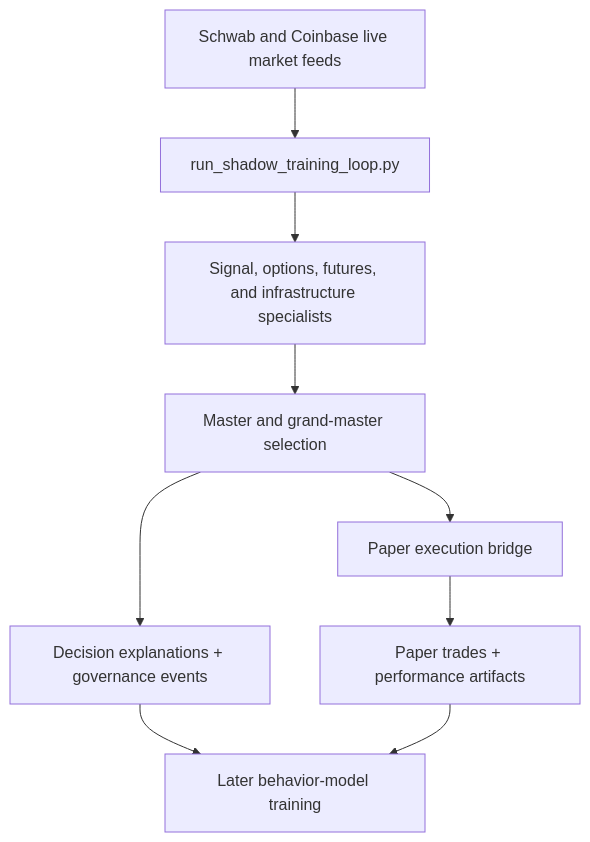
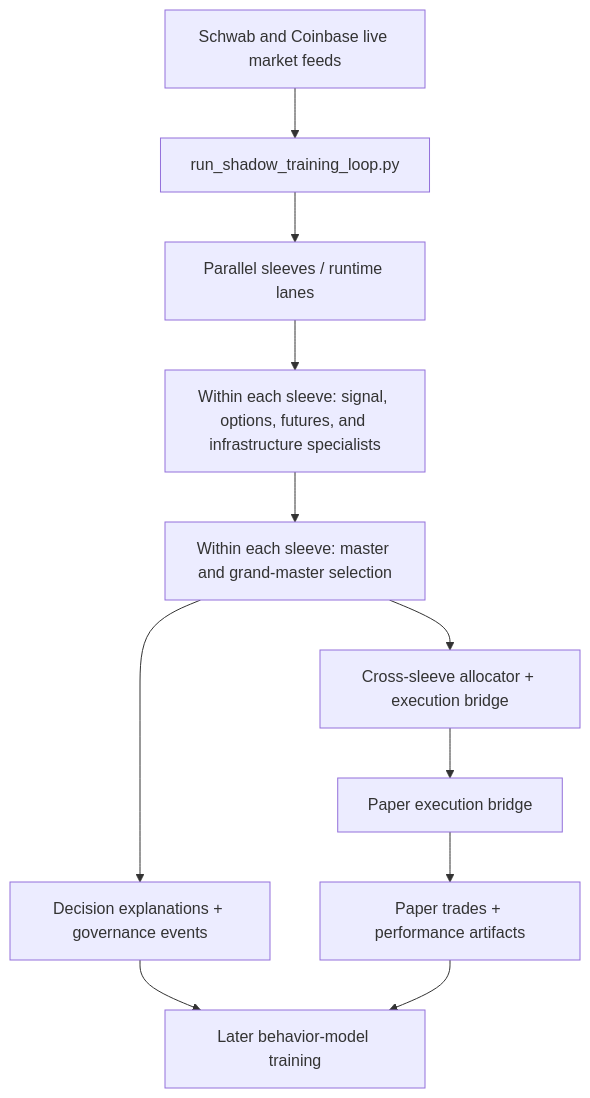
Before and after one commit to Dkingsley1/Schwab-Trading-Bots: the diagram in docs/showcase/projects/01-live-multi-asset-paper-platform.md, drawn with Mermaid. The commit also changed other lines of this file and 442 other files, not shown here.

````diff
--- a/docs/showcase/projects/01-live-multi-asset-paper-platform.md
+++ b/docs/showcase/projects/01-live-multi-asset-paper-platform.md
@@ -12,11 +12,13 @@
 ```mermaid
 flowchart TD
     Feed["Schwab and Coinbase live market feeds"] --> Loop["run_shadow_training_loop.py"]
-    Loop --> Specialists["Signal, options, futures, and infrastructure specialists"]
-    Specialists --> Master["Master and grand-master selection"]
-    Master --> Paper["Paper execution bridge"]
+    Loop --> Sleeves["Parallel sleeves / runtime lanes"]
+    Sleeves --> Specialists["Within each sleeve: signal, options, futures, and infrastructure specialists"]
+    Specialists --> Master["Within each sleeve: master and grand-master selection"]
+    Master --> Allocator["Cross-sleeve allocator + execution bridge"]
     Master --> DecisionLog["Decision explanations + governance events"]
+    Allocator --> Paper["Paper execution bridge"]
     Paper --> PaperLog["Paper trades + performance artifacts"]
     DecisionLog --> Training["Later behavior-model training"]
     PaperLog --> Training
 ```
````
